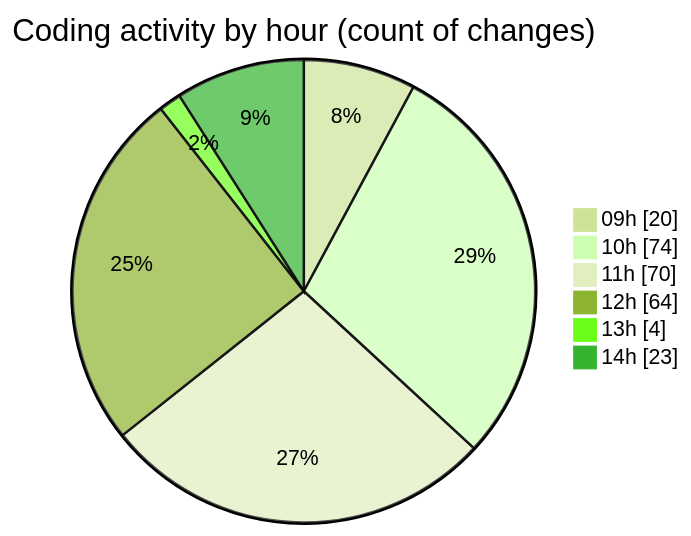
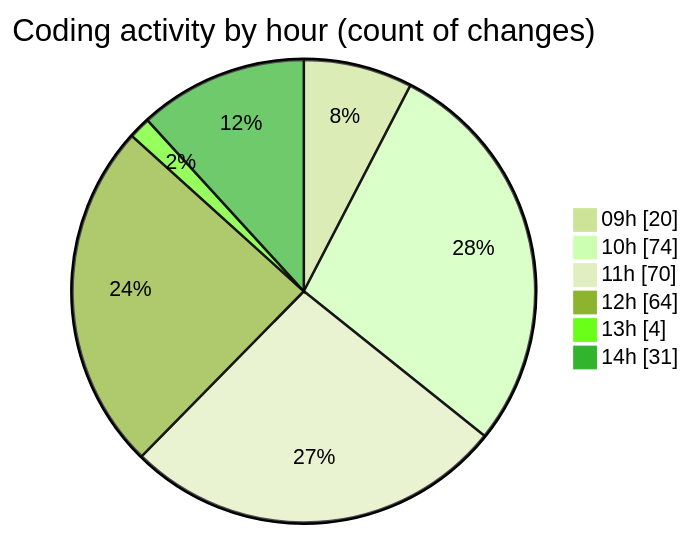
One commit to CELIANVF/code-tracking changed the second of 2 diagrams in 2025-06-06/ecodeli-1/README.md. Above: the diagram before and after it, drawn with Mermaid (forest theme). The commit also changed other lines of this file and 1 other file, not shown here.

````diff
--- a/2025-06-06/ecodeli-1/README.md
+++ b/2025-06-06/ecodeli-1/README.md
@@ -98,10 +102,10 @@
 ```mermaid
 pie showData
 title Coding activity by hour (count of changes)
 "09h" : 20
 "10h" : 74
 "11h" : 70
 "12h" : 64
 "13h" : 4
-"14h" : 23
+"14h" : 31
 ```
````
